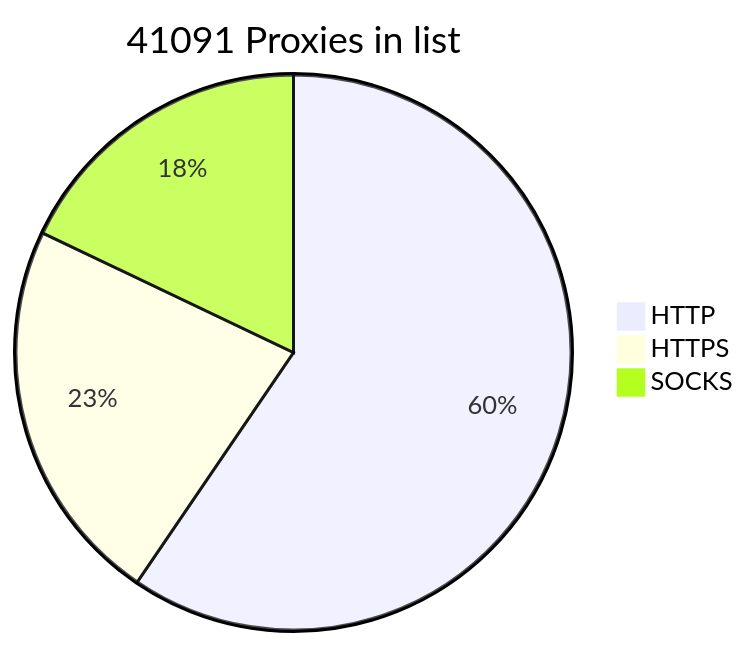
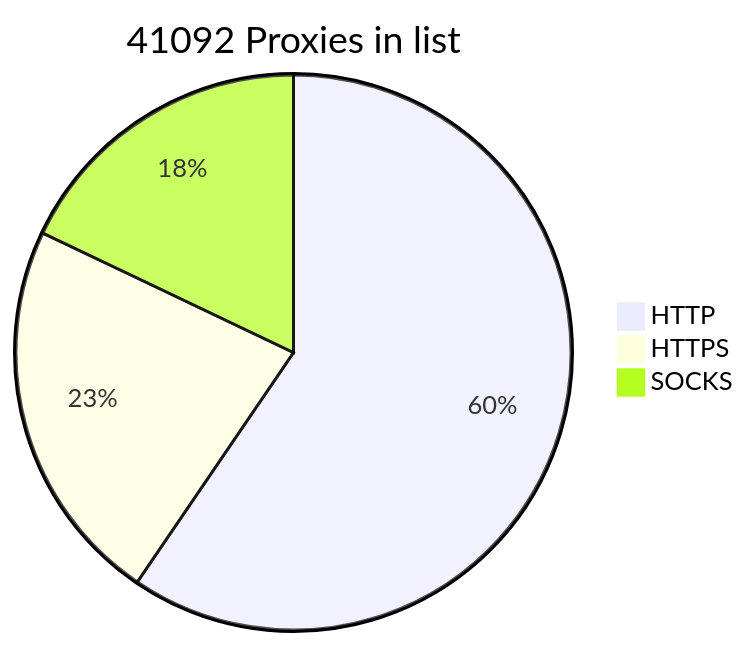
Before and after one commit to BlackSnowDot/proxylist-update-every-minute: the diagram in README.md, drawn with Mermaid.

````diff
--- a/README.md
+++ b/README.md
@@ -2,6 +2,6 @@
 ```mermaid
-pie title 41091 Proxies in list
+pie title 41092 Proxies in list
     "HTTP" : 28770
     "HTTPS": 10908
-    "SOCKS" : 8666
+    "SOCKS" : 8667
 ```
````
